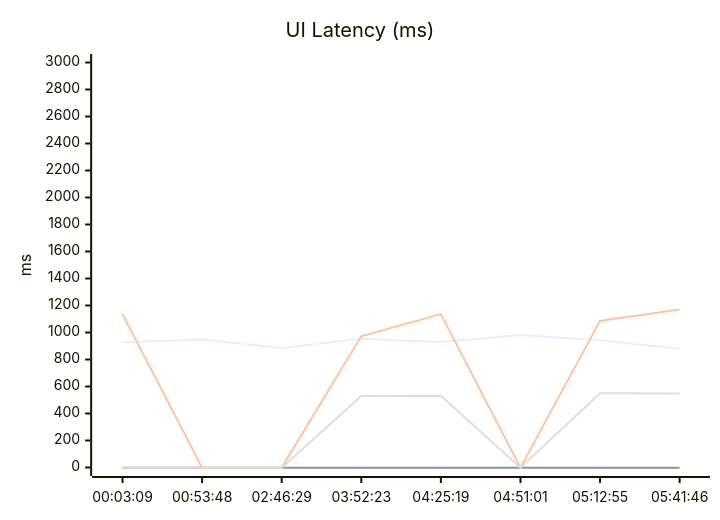
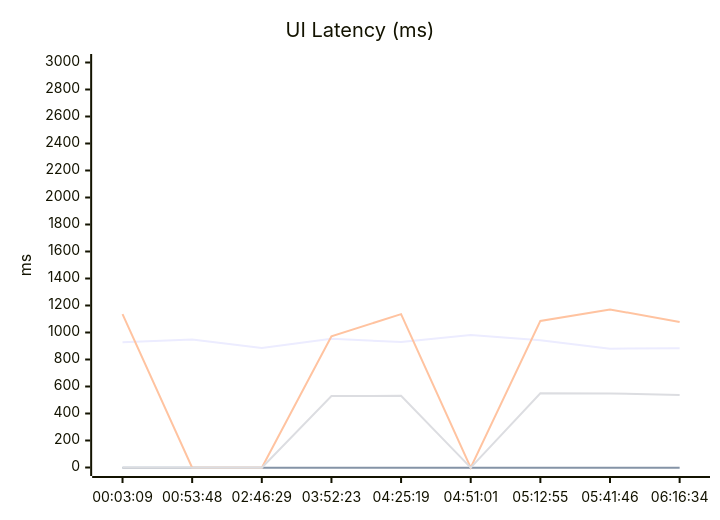
Before and after one commit to greenwave1987/clash_test: the diagram in README.md, drawn with Mermaid. The commit also changed other lines of this file and 1 other file, not shown here.

Commit message:
chore: update UI latency history

````diff
--- a/README.md
+++ b/README.md
@@ -16,10 +16,10 @@
 ```mermaid
 xychart-beta
   title "UI Latency (ms)"
-  x-axis ["00:03:09", "00:53:48", "02:46:29", "03:52:23", "04:25:19", "04:51:01", "05:12:55", "05:41:46"]
+  x-axis ["00:03:09", "00:53:48", "02:46:29", "03:52:23", "04:25:19", "04:51:01", "05:12:55", "05:41:46", "06:16:34"]
   y-axis "ms" 0 --> 3000
-  line "http://jz.***.uy" [928, 949, 885, 953, 930, 981, 942, 880]
-  line "http://jz.***.io" [-1, -1, -1, -1, -1, -1, -1, -1]
-  line "http://greenwave1987.***.in" [1136, -1, -1, 972, 1136, -1, 1086, 1171]
-  line "http://jz.***.xyz" [-1, -1, -1, 529, 531, -1, 550, 549]
+  line "http://jz.***.uy" [928, 949, 885, 953, 930, 981, 942, 880, 883]
+  line "http://jz.***.io" [-1, -1, -1, -1, -1, -1, -1, -1, -1]
+  line "http://greenwave1987.***.in" [1136, -1, -1, 972, 1136, -1, 1086, 1171, 1077]
+  line "http://jz.***.xyz" [-1, -1, -1, 529, 531, -1, 550, 549, 537]
 ```
````
